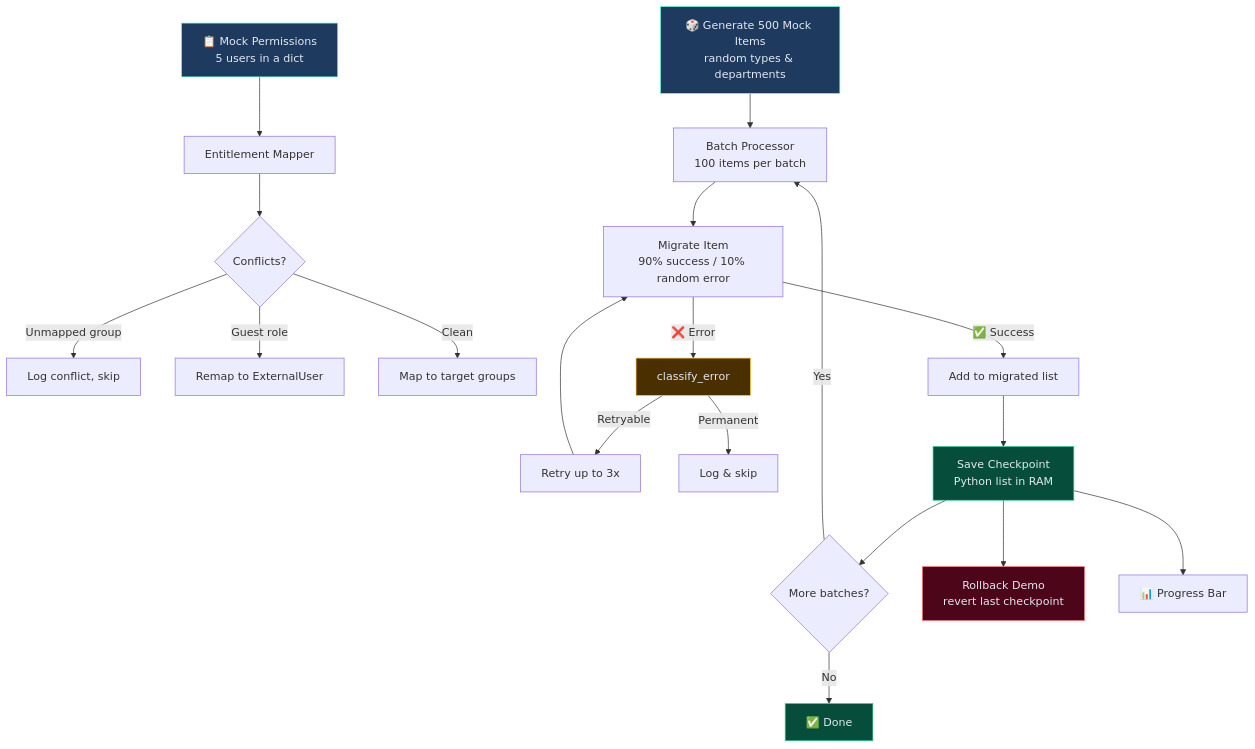
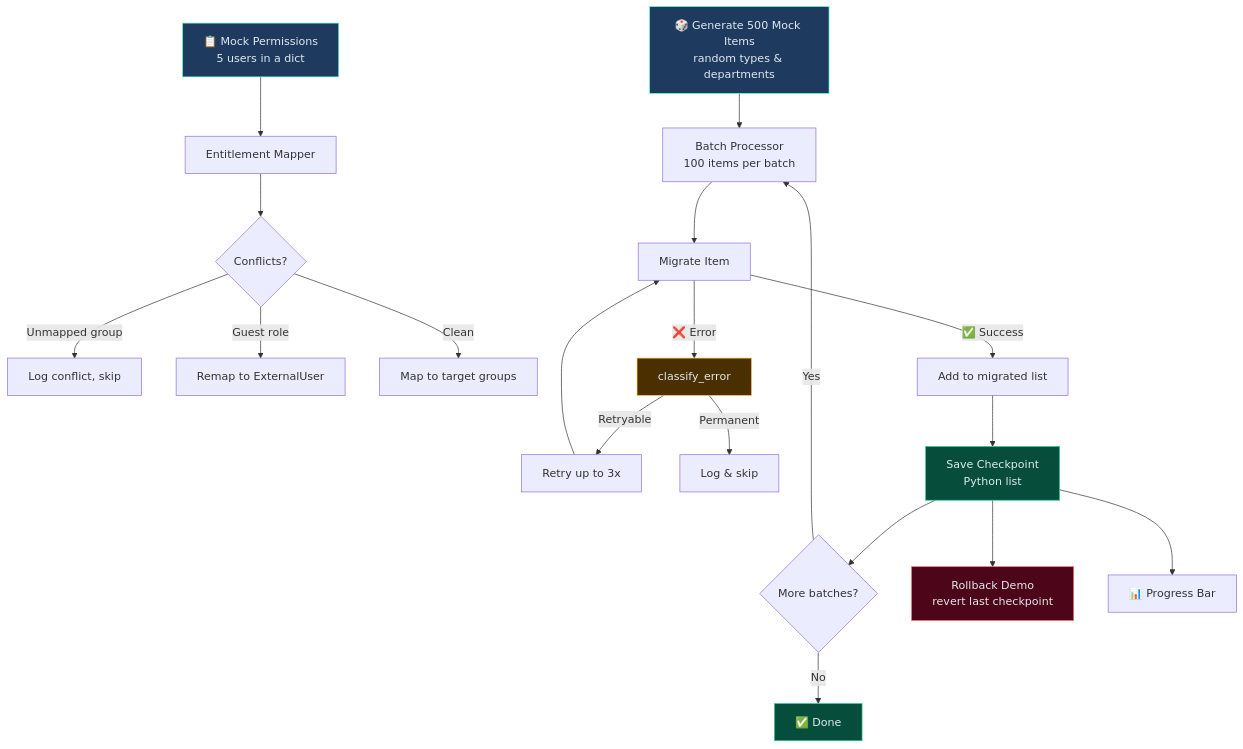
The diagram in README.md (reethika-amrish/migration-patterns), drawn with Mermaid before and after one commit.

````diff
--- a/README.md
+++ b/README.md
@@ -22,32 +22,32 @@
 ```mermaid
 graph TD
     A[📋 Mock Permissions<br/>5 users in a dict] --> B[Entitlement Mapper]
     B --> C{Conflicts?}
     C -->|Unmapped group| D[Log conflict, skip]
     C -->|Guest role| E[Remap to ExternalUser]
     C -->|Clean| F[Map to target groups]
 
     G[🎲 Generate 500 Mock Items<br/>random types & departments] --> H[Batch Processor<br/>100 items per batch]
     
-    H --> I[Migrate Item<br/>90% success / 10% random error]
+    H --> I[Migrate Item]
     I -->|✅ Success| J[Add to migrated list]
     I -->|❌ Error| K[classify_error]
     K -->|Retryable| L[Retry up to 3x]
     K -->|Permanent| M[Log & skip]
     L --> I
 
-    J --> N[Save Checkpoint<br/>Python list in RAM]
+    J --> N[Save Checkpoint<br/>Python list]
     N --> O{More batches?}
     O -->|Yes| H
     O -->|No| P[✅ Done]
 
     N --> Q[Rollback Demo<br/>revert last checkpoint]
     N --> R[📊 Progress Bar]
 
     style A fill:#1e3a5f,stroke:#64ffda,color:#e2e8f0
     style G fill:#1e3a5f,stroke:#64ffda,color:#e2e8f0
     style N fill:#064e3b,stroke:#34d399,color:#e2e8f0
     style Q fill:#4c0519,stroke:#f87171,color:#e2e8f0
     style K fill:#4a3000,stroke:#fbbf24,color:#e2e8f0
     style P fill:#064e3b,stroke:#34d399,color:#e2e8f0
 ```
````
